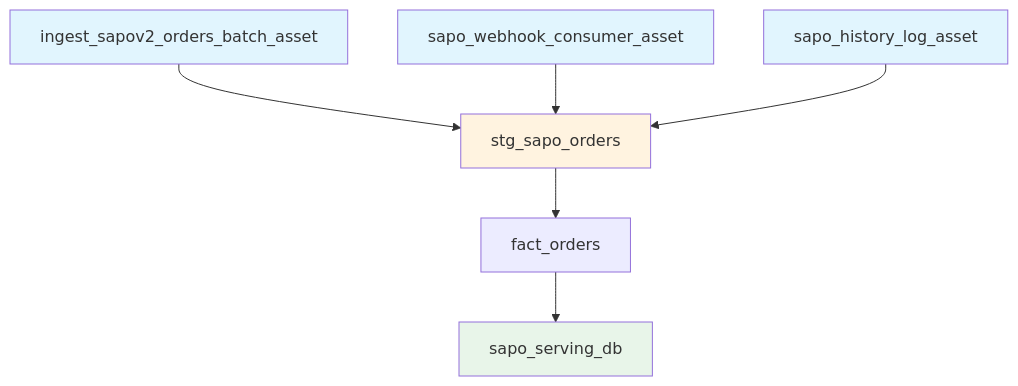
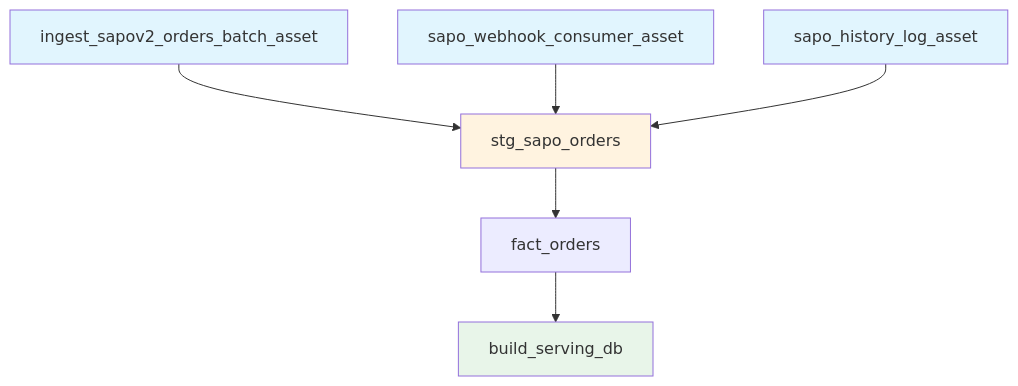
Before and after one commit to vantt/data-integration: the diagram in orchestration/docs/ASSETS.md, drawn with Mermaid. The commit also changed other lines of this file and 16 other files, not shown here.

Commit message:
refactor(orchestration): rename sapo_serving_db to build_serving_db

````diff
--- a/orchestration/docs/ASSETS.md
+++ b/orchestration/docs/ASSETS.md
@@ -123,29 +123,29 @@
 ```mermaid
 graph TD
     %% Ingestion
     Batch[ingest_sapov2_orders_batch_asset]
     Webhook[sapo_webhook_consumer_asset]
     History[sapo_history_log_asset]
 
     %% Staging (The Convergence Point)
     Staging[stg_sapo_orders]
 
     %% Downstream
     Fact[fact_orders]
-    Serving[sapo_serving_db]
+    Serving[build_serving_db]
 
     %% Flows
     Batch --> Staging
     Webhook --> Staging
     History --> Staging
 
     Staging --> Fact
     Fact --> Serving
 
     %% Styling
     style Batch fill:#e1f5fe
     style Webhook fill:#e1f5fe
     style History fill:#e1f5fe
     style Staging fill:#fff3e0
     style Serving fill:#e8f5e9
 ```
````
